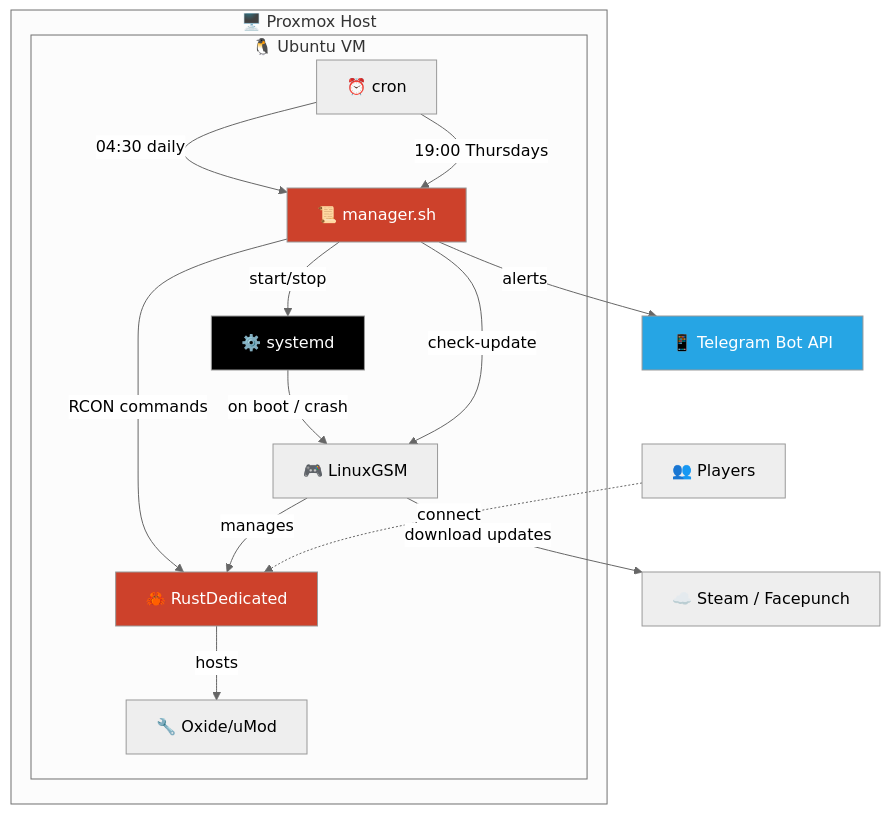
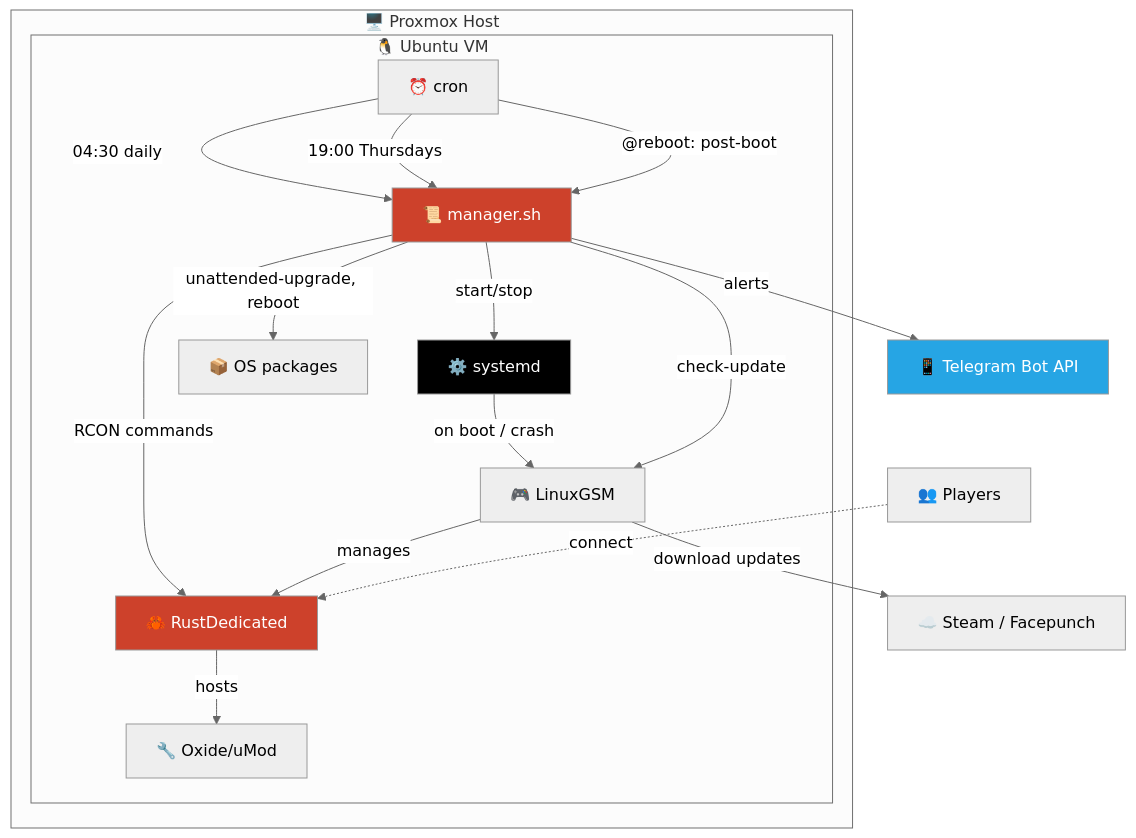
Before and after one commit to wobujidao/rust-wipe-manager: the first of 4 diagrams in README.md, drawn with Mermaid (neutral theme). The commit also changed other lines of this file and 1 other file, not shown here.

Commit message:
docs: OS maintenance, post-boot, power-off flag, seed rotation, fullwipe-now

````diff
--- a/README.md
+++ b/README.md
@@ -62,34 +68,37 @@
 ```mermaid
 graph TB
     subgraph "🖥️ Proxmox Host"
         subgraph "🐧 Ubuntu VM"
             CRON[⏰ cron]
             SYSTEMD[⚙️ systemd]
             MANAGER[📜 manager.sh]
             LGSM[🎮 LinuxGSM]
             RUST[🦀 RustDedicated]
             OXIDE[🔧 Oxide/uMod]
+            OS[📦 OS packages]
         end
     end
 
     TG[📱 Telegram Bot API]
     STEAM[☁️ Steam / Facepunch]
     PLAYERS[👥 Players]
 
     CRON -->|"04:30 daily"| MANAGER
     CRON -->|"19:00 Thursdays"| MANAGER
+    CRON -->|"@reboot: post-boot"| MANAGER
     SYSTEMD -->|"on boot / crash"| LGSM
     MANAGER -->|"start/stop"| SYSTEMD
     MANAGER -->|"RCON commands"| RUST
     MANAGER -->|"check-update"| LGSM
+    MANAGER -->|"unattended-upgrade, reboot"| OS
     MANAGER -->|"alerts"| TG
     LGSM -->|"download updates"| STEAM
     LGSM -->|"manages"| RUST
     RUST -->|"hosts"| OXIDE
     PLAYERS -.->|"connect"| RUST
 
     style MANAGER fill:#CD412B,color:#fff
     style RUST fill:#CD412B,color:#fff
     style TG fill:#26A5E4,color:#fff
     style SYSTEMD fill:#000,color:#fff
 ```
````
